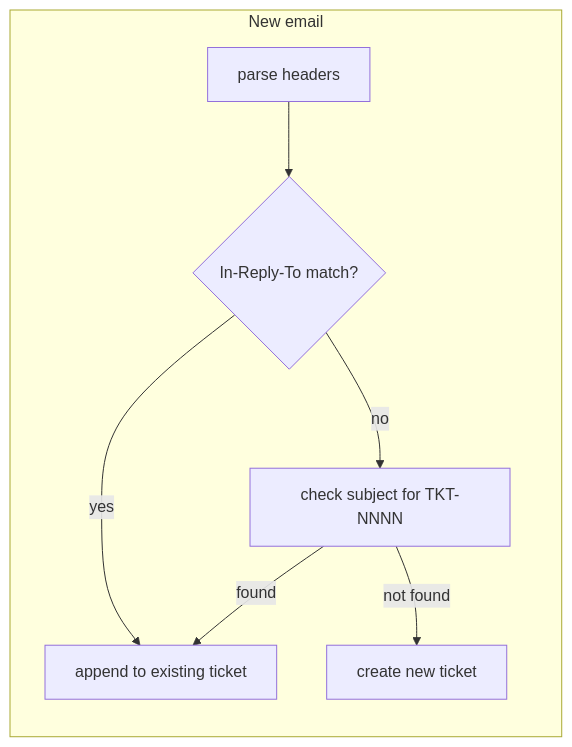
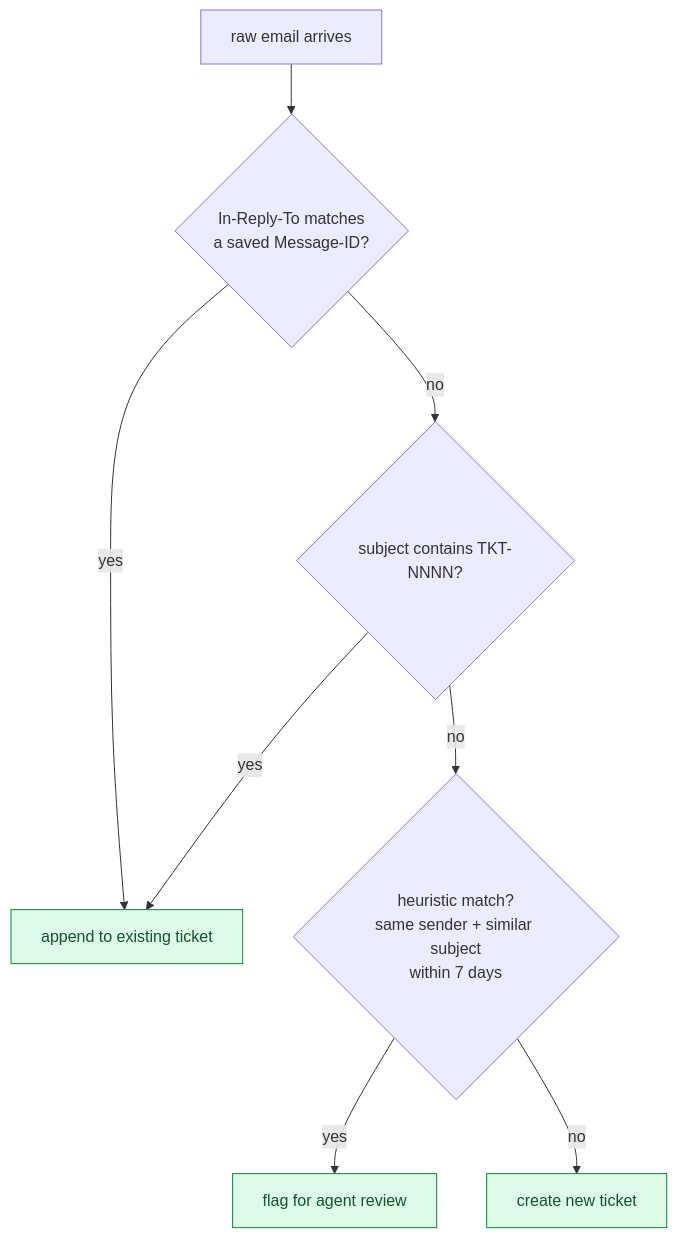
The third of 10 diagrams in problems/019-helpdesk-ticketing/question.md (shiningflash/system-design), drawn with Mermaid before and after one commit. The commit also changed other lines of this file and 37 other files, not shown here.

````diff
--- a/problems/019-helpdesk-ticketing/question.md
+++ b/problems/019-helpdesk-ticketing/question.md
@@ -205,10 +157,12 @@
 ```mermaid
-flowchart LR
-    subgraph T1["New email"]
-        N1[parse headers] --> N2{In-Reply-To match?}
-        N2 -- yes --> N3[append to existing ticket]
-        N2 -- no --> N4[check subject for TKT-NNNN]
-        N4 -- found --> N3
-        N4 -- not found --> N5[create new ticket]
-    end
+flowchart TD
+    A[raw email arrives] --> B{In-Reply-To matches<br/>a saved Message-ID?}
+    B -- yes --> D[append to existing ticket]:::ok
+    B -- no --> E{subject contains TKT-NNNN?}
+    E -- yes --> D
+    E -- no --> F{heuristic match?<br/>same sender + similar subject<br/>within 7 days}
+    F -- yes --> G[flag for agent review]:::ok
+    F -- no --> H[create new ticket]:::ok
+
+    classDef ok fill:#dcfce7,stroke:#15803d,color:#14532d
 ```
````
